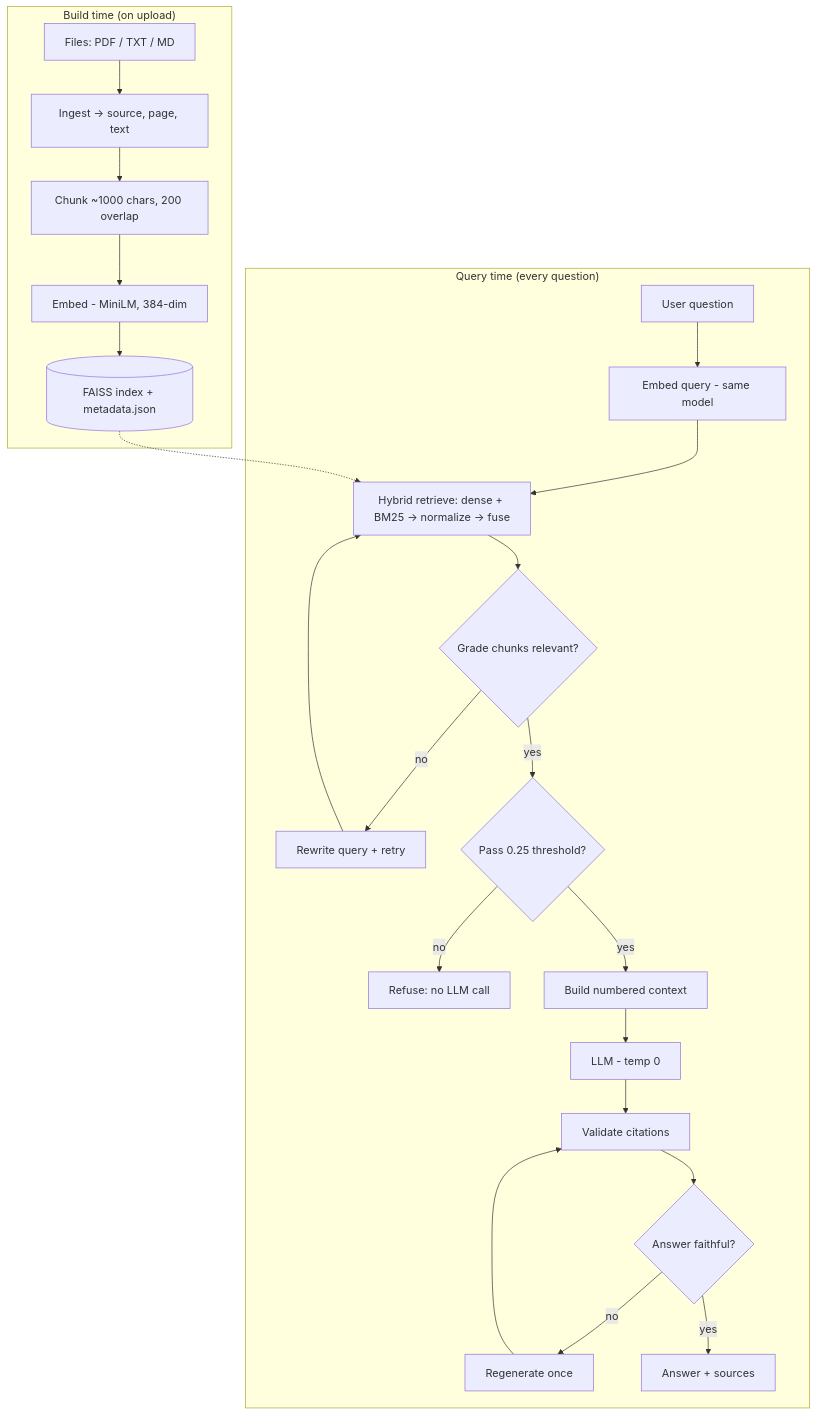
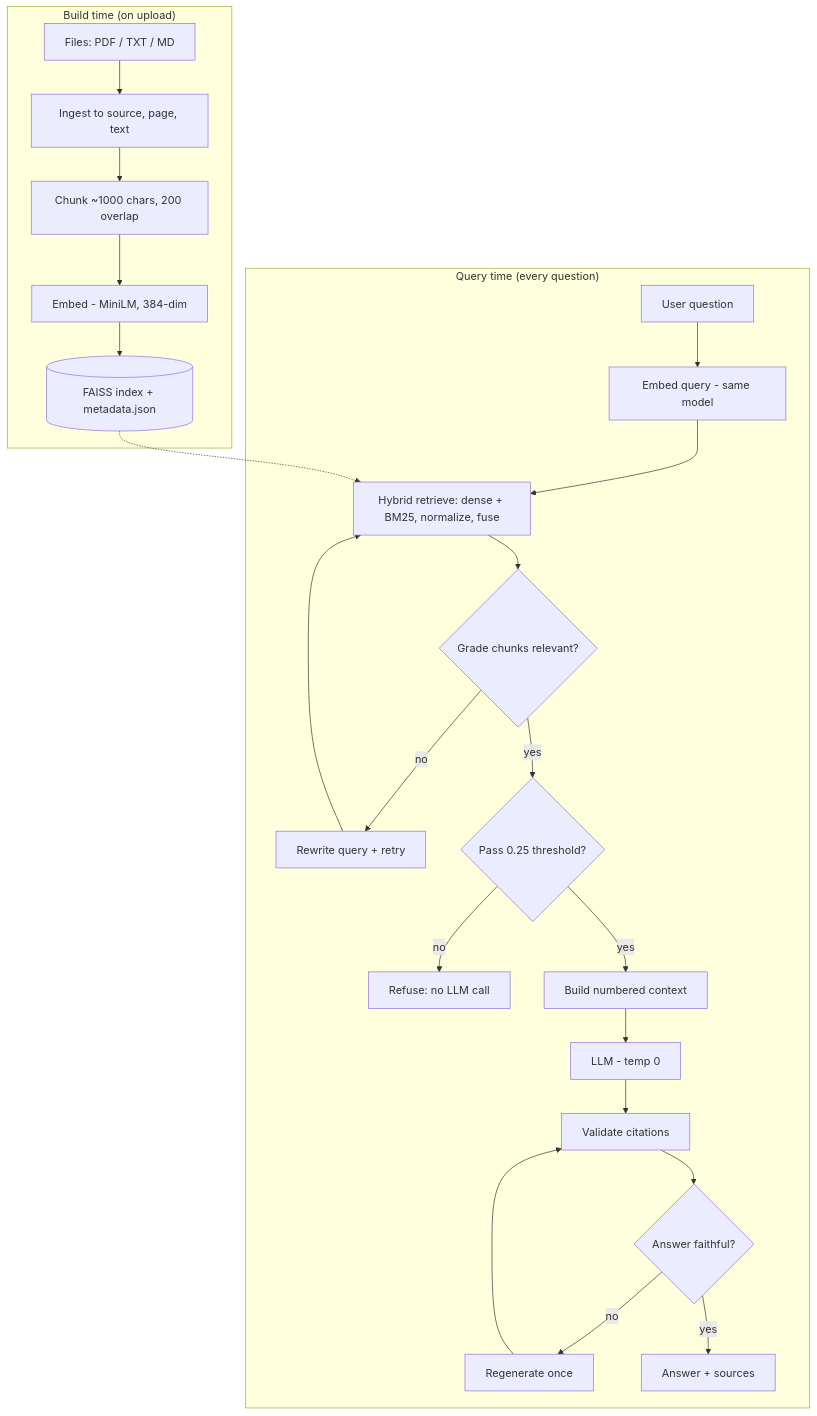
The diagram in README.md (sarthak742/brainvault), drawn with Mermaid before and after one commit. The commit also changed other lines of this file and 1 other file, not shown here.

Commit message:
Polish: professional README (mermaid architecture, honest eval reproduce section); remove tracked .env.txt

````diff
--- a/README.md
+++ b/README.md
@@ -22,25 +22,25 @@
 ```mermaid
 flowchart TD
     subgraph BUILD["Build time (on upload)"]
-        A[Files: PDF / TXT / MD] --> B[Ingest → source, page, text]
+        A[Files: PDF / TXT / MD] --> B[Ingest to source, page, text]
         B --> C[Chunk ~1000 chars, 200 overlap]
         C --> D[Embed - MiniLM, 384-dim]
         D --> E[(FAISS index + metadata.json)]
     end
 
     subgraph QUERY["Query time (every question)"]
         Q[User question] --> R[Embed query - same model]
-        R --> S[Hybrid retrieve: dense + BM25 → normalize → fuse]
+        R --> S[Hybrid retrieve: dense + BM25, normalize, fuse]
         S --> G{Grade chunks relevant?}
         G -- no --> RW[Rewrite query + retry] --> S
         G -- yes --> T{Pass 0.25 threshold?}
         T -- no --> X[Refuse: no LLM call]
         T -- yes --> CTX[Build numbered context] --> LLM[LLM - temp 0]
         LLM --> V[Validate citations]
         V --> CR{Answer faithful?}
         CR -- no --> RG[Regenerate once] --> V
         CR -- yes --> OUT[Answer + sources]
     end
 
     E -.-> S
 ```
````
